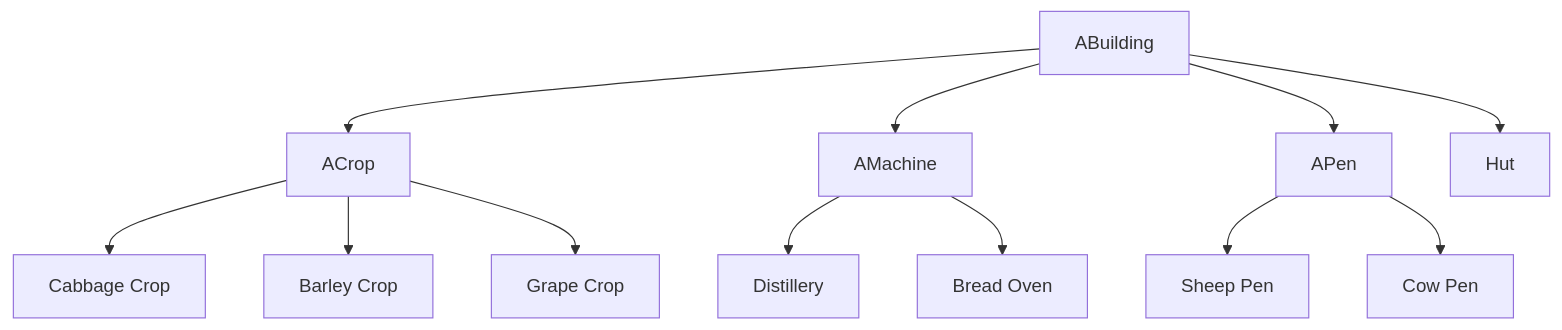
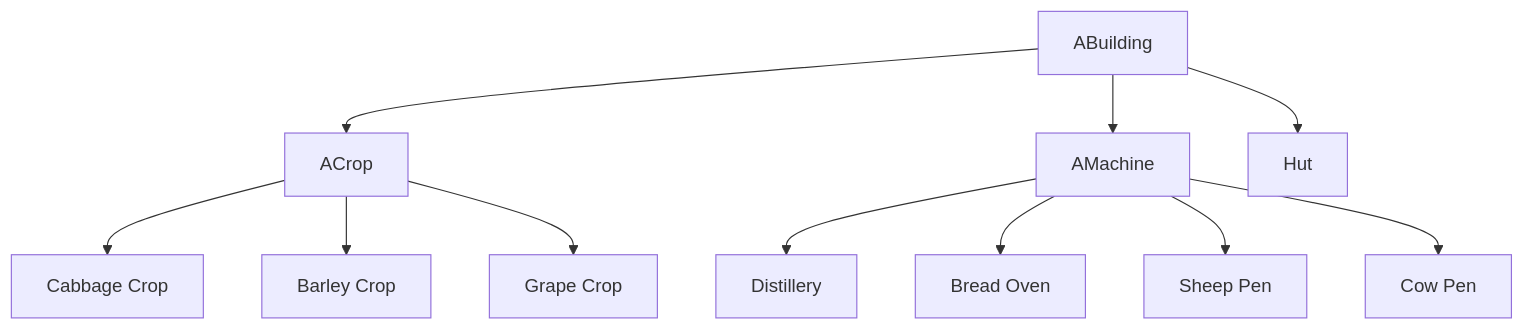
One commit to nickolasddiaz/To-be-King changed the second of 2 diagrams in README.md. Above: the diagram before and after it, drawn with Mermaid. The commit also changed other lines of this file and 46 other files, not shown here.

````diff
--- a/README.md
+++ b/README.md
@@ -89,14 +95,13 @@
 ```mermaid
 graph TD;
     A["ABuilding"] --> B["ACrop"]
     A --> C["AMachine"]
-    A --> D["APen"]
     A --> E["Hut"]
     B --> F["Cabbage Crop"]
     B --> G["Barley Crop"]
     B --> H["Grape Crop"]
     C --> I["Distillery"]
     C --> J["Bread Oven"]
-    D --> K["Sheep Pen"]
-    D --> L["Cow Pen"]
+    C --> K["Sheep Pen"]
+    C --> L["Cow Pen"]
 ```
````
